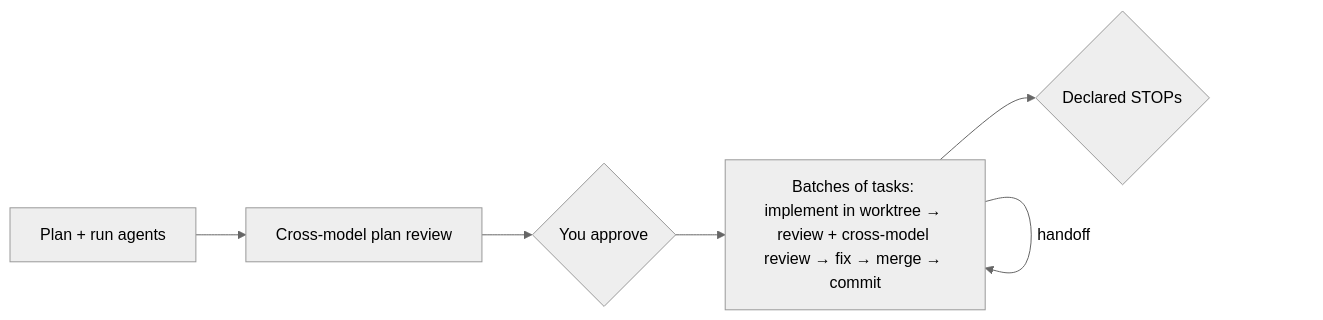
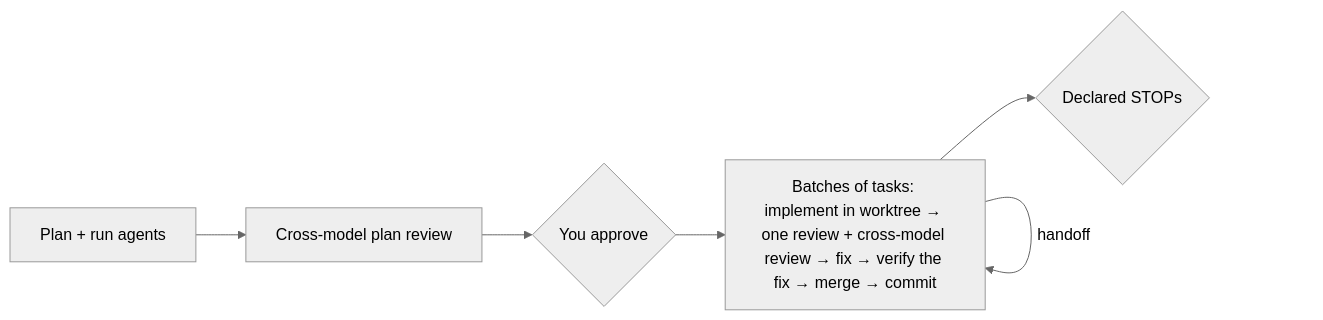
Before and after one commit to Aroton/ArchflowV2: the diagram in README.md, drawn with Mermaid (neutral theme). The commit also changed other lines of this file and 28 other files, not shown here.

````diff
--- a/README.md
+++ b/README.md
@@ -88,8 +88,8 @@
 ```mermaid
 flowchart LR
   A[Plan + run agents] --> B[Cross-model plan review]
   B --> C{You approve}
-  C --> D[Batches of tasks: implement in worktree → review + cross-model review → fix → merge → commit]
+  C --> D[Batches of tasks: implement in worktree → one review + cross-model review → fix → verify the fix → merge → commit]
   D -->|handoff| D
   D --> E{Declared STOPs}
 ```
````
